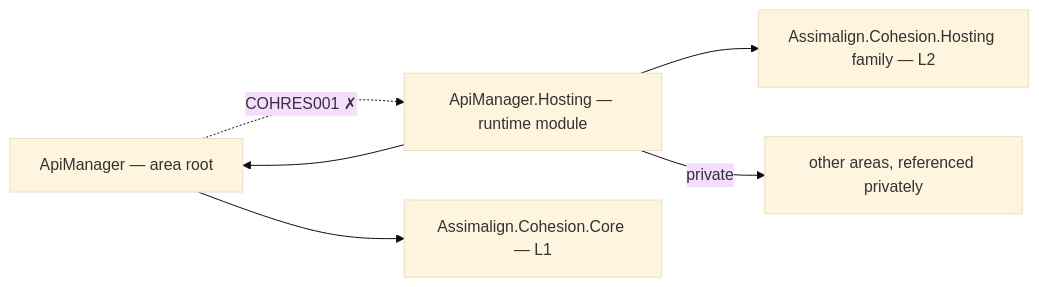
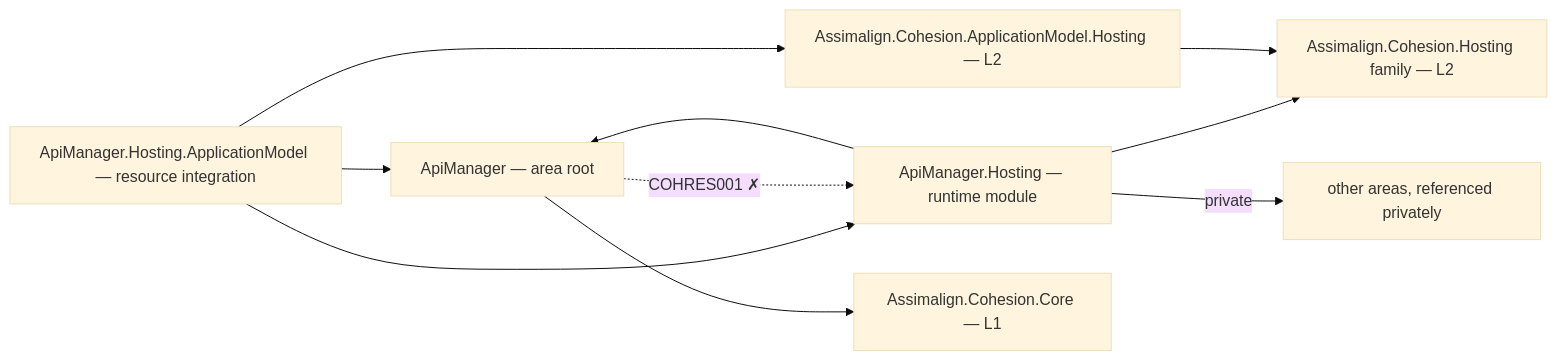
The diagram in resources/ApiManager/README.md (assimalign/cohesion), drawn with Mermaid (base theme) before and after one commit. The commit also changed other lines of this file and 454 other files, not shown here.

First line of the commit message:
feat(resources): give every resource area a Hosting.ApplicationModel integration

````diff
--- a/resources/ApiManager/README.md
+++ b/resources/ApiManager/README.md
@@ -12,13 +12,19 @@
 ```mermaid
 flowchart LR
     P0["ApiManager — area root"]
     P2["ApiManager.Hosting — runtime module"]
+    PAM["ApiManager.Hosting.ApplicationModel — resource integration"]
+    AMH["Assimalign.Cohesion.ApplicationModel.Hosting — L2"]
     CORE["Assimalign.Cohesion.Core — L1"]
     HOSTFAM["Assimalign.Cohesion.Hosting family — L2"]
     PRIV["other areas, referenced privately"]
     P0 --> CORE
     P2 --> P0
     P2 --> HOSTFAM
     P2 -->|"private"| PRIV
+    PAM --> P2
+    PAM --> P0
+    PAM --> AMH
+    AMH --> HOSTFAM
     P0 -.->|"COHRES001 ✗"| P2
 ```
````
